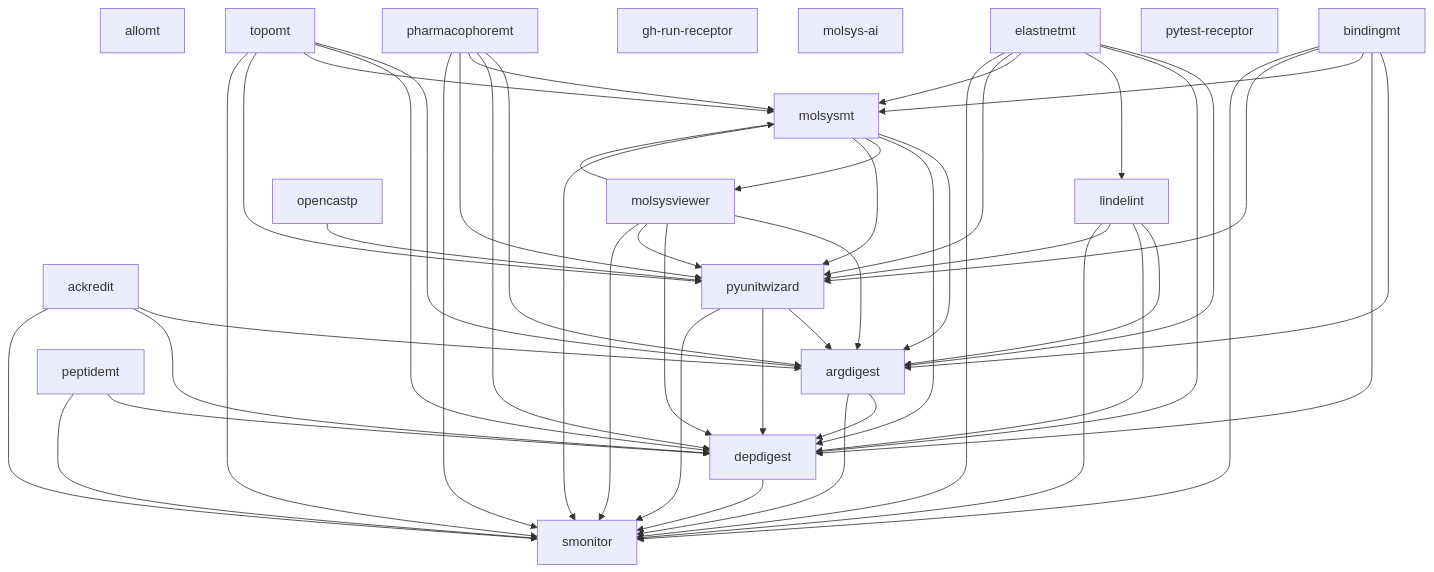
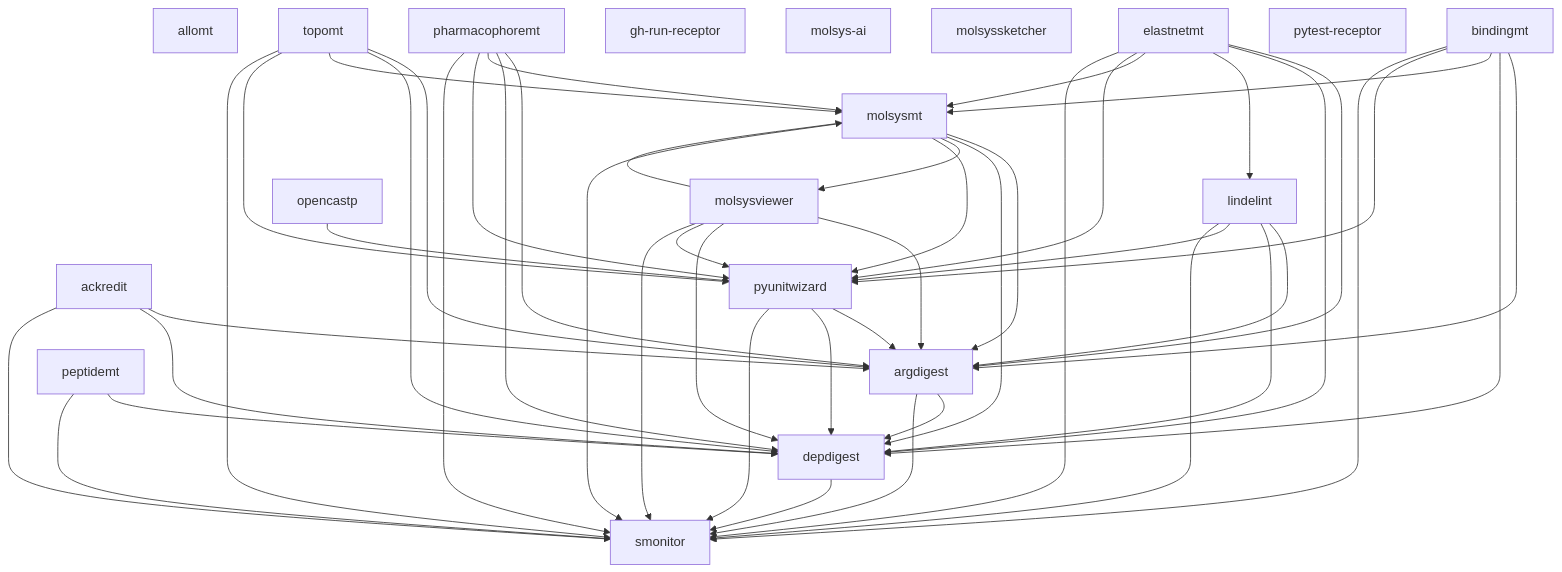
Before and after one commit to uibcdf/molsyssuite: the diagram in devguide/component_dependencies.md, drawn with Mermaid. The commit also changed other lines of this file and 57 other files, not shown here.

````diff
--- a/devguide/component_dependencies.md
+++ b/devguide/component_dependencies.md
@@ -11,68 +11,69 @@
 ```mermaid
 flowchart TD
   n0["ackredit"]
   n1["allomt"]
   n2["argdigest"]
   n3["bindingmt"]
   n4["depdigest"]
   n5["elastnetmt"]
   n6["gh-run-receptor"]
   n7["lindelint"]
   n8["molsys-ai"]
   n9["molsysmt"]
-  n10["molsysviewer"]
-  n11["opencastp"]
-  n12["peptidemt"]
-  n13["pharmacophoremt"]
-  n14["pytest-receptor"]
-  n15["pyunitwizard"]
-  n16["smonitor"]
-  n17["topomt"]
+  n10["molsyssketcher"]
+  n11["molsysviewer"]
+  n12["opencastp"]
+  n13["peptidemt"]
+  n14["pharmacophoremt"]
+  n15["pytest-receptor"]
+  n16["pyunitwizard"]
+  n17["smonitor"]
+  n18["topomt"]
   n0 --> n2
   n0 --> n4
-  n0 --> n16
+  n0 --> n17
   n2 --> n4
-  n2 --> n16
+  n2 --> n17
   n3 --> n2
   n3 --> n4
   n3 --> n9
-  n3 --> n15
   n3 --> n16
-  n4 --> n16
+  n3 --> n17
+  n4 --> n17
   n5 --> n2
   n5 --> n4
   n5 --> n7
   n5 --> n9
-  n5 --> n15
   n5 --> n16
+  n5 --> n17
   n7 --> n2
   n7 --> n4
-  n7 --> n15
   n7 --> n16
+  n7 --> n17
   n9 --> n2
   n9 --> n4
-  n9 --> n10
-  n9 --> n15
+  n9 --> n11
   n9 --> n16
-  n10 --> n2
-  n10 --> n4
-  n10 --> n9
-  n10 --> n15
-  n10 --> n16
-  n11 --> n15
-  n12 --> n4
+  n9 --> n17
+  n11 --> n2
+  n11 --> n4
+  n11 --> n9
+  n11 --> n16
+  n11 --> n17
   n12 --> n16
-  n13 --> n2
   n13 --> n4
-  n13 --> n9
-  n13 --> n15
-  n13 --> n16
-  n15 --> n2
-  n15 --> n4
-  n15 --> n16
-  n17 --> n2
-  n17 --> n4
-  n17 --> n9
-  n17 --> n15
-  n17 --> n16
+  n13 --> n17
+  n14 --> n2
+  n14 --> n4
+  n14 --> n9
+  n14 --> n16
+  n14 --> n17
+  n16 --> n2
+  n16 --> n4
+  n16 --> n17
+  n18 --> n2
+  n18 --> n4
+  n18 --> n9
+  n18 --> n16
+  n18 --> n17
 ```
````
